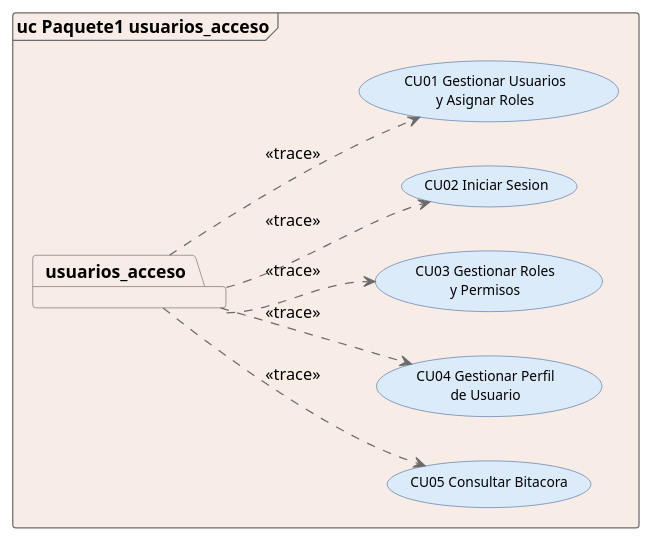
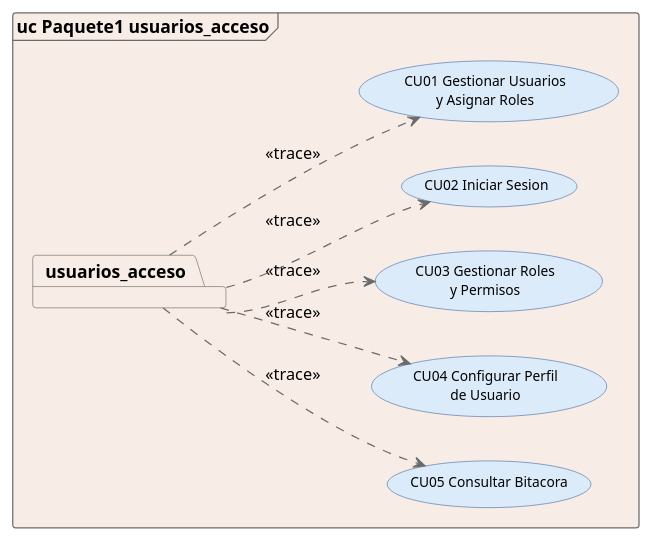
The diagram in docs/arquitectura/3.1.2_relacionar_usuarios_acceso.puml (jherargm412-dev/clinica-vida-salud), drawn with PlantUML before and after one commit. The commit also changed 21 other files, not shown here.

Commit message:
feat(CU04): configurar perfil de usuario

```diff
--- a/docs/arquitectura/3.1.2_relacionar_usuarios_acceso.puml
+++ b/docs/arquitectura/3.1.2_relacionar_usuarios_acceso.puml
@@ -1,38 +1,38 @@
 @startuml
 left to right direction
 skinparam shadowing false
 skinparam defaultFontName Arial
 skinparam packageStyle folder
 skinparam ArrowColor #6B6B6B
 skinparam frame {
   BackgroundColor #FFFFFF
   BorderColor #555555
 }
 skinparam package {
   BackgroundColor #F8ECE6
   BorderColor #6B6B6B
 }
 skinparam usecase {
   BackgroundColor #DCEBFA
   BorderColor #4A6FA5
   FontSize 11
 }
 skinparam actor {
   BackgroundColor #FBE7C6
   BorderColor #6B6B6B
 }
 frame "uc Paquete1 usuarios_acceso" {
   package usuarios_acceso {
   }
   usecase "CU05 Consultar Bitacora" as CU05
-  usecase "CU04 Gestionar Perfil\nde Usuario" as CU04
+  usecase "CU04 Configurar Perfil\nde Usuario" as CU04
   usecase "CU03 Gestionar Roles\ny Permisos" as CU03
   usecase "CU02 Iniciar Sesion" as CU02
   usecase "CU01 Gestionar Usuarios\ny Asignar Roles" as CU01
   usuarios_acceso ..> CU05 : <<trace>>
   usuarios_acceso ..> CU04 : <<trace>>
   usuarios_acceso ..> CU03 : <<trace>>
   usuarios_acceso ..> CU02 : <<trace>>
   usuarios_acceso ..> CU01 : <<trace>>
 }
 @enduml
```
